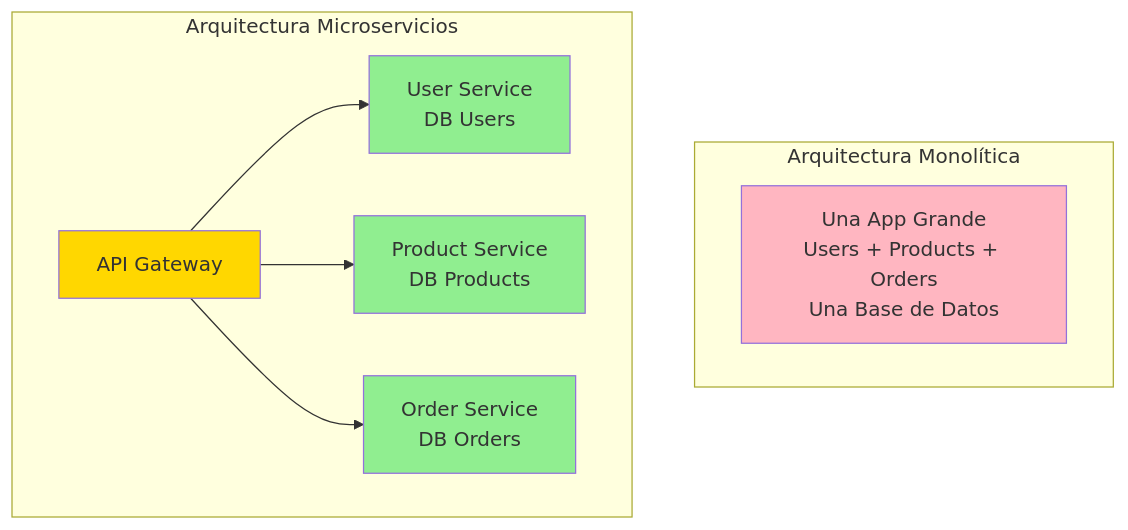
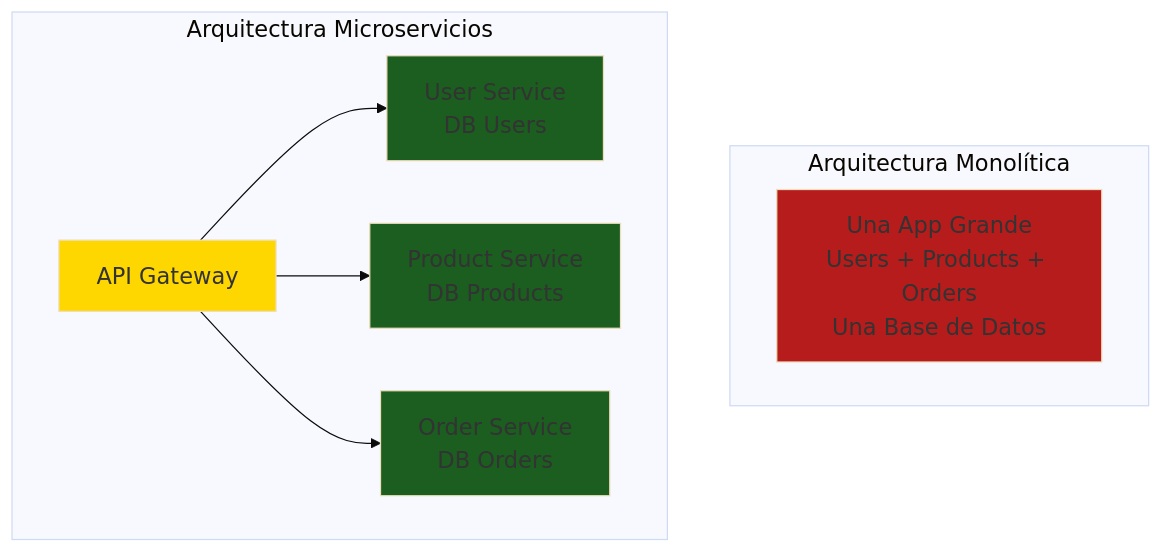
Before and after one commit to Ai-Whisperers/Courses-Content: the fourth of 10 diagrams in courses/🟡-development/FPUNA-2026/01-DESARROLLO-SOFTWARE/01-arquitectura-software.md, drawn with Mermaid. The commit also changed other lines of this file and 47 other files, not shown here.

First line of the commit message:
fix: Make all 473 diagrams WCAG AAA accessible (FPUNA-2026)

````diff
--- a/courses/🟡-development/FPUNA-2026/01-DESARROLLO-SOFTWARE/01-arquitectura-software.md
+++ b/courses/🟡-development/FPUNA-2026/01-DESARROLLO-SOFTWARE/01-arquitectura-software.md
@@ -152,23 +155,24 @@
 ```mermaid
+%%{init: {'theme':'base', 'themeVariables': {'fontSize':'18px'}}}%%
 graph TB
     subgraph "Arquitectura Monolítica"
         M[Una App Grande<br/>Users + Products + Orders<br/>Una Base de Datos]
     end
     
     subgraph "Arquitectura Microservicios"
         A[User Service<br/>DB Users]
         B[Product Service<br/>DB Products]
         C[Order Service<br/>DB Orders]
         D[API Gateway]
         
         D --> A
         D --> B
         D --> C
     end
     
-    style M fill:#FFB6C1
-    style A fill:#90EE90
-    style B fill:#90EE90
-    style C fill:#90EE90
+    style M fill:#b71c1c
+    style A fill:#1b5e20
+    style B fill:#1b5e20
+    style C fill:#1b5e20
     style D fill:#FFD700
 ```
````
